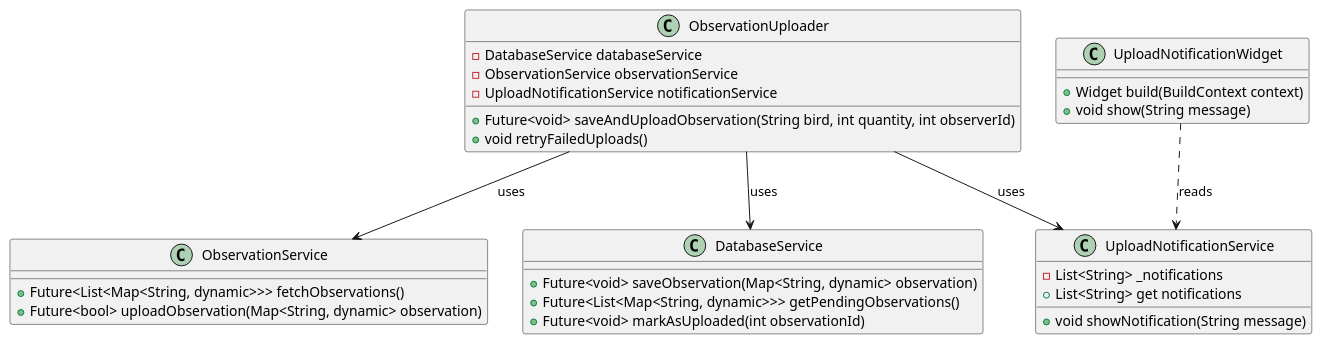
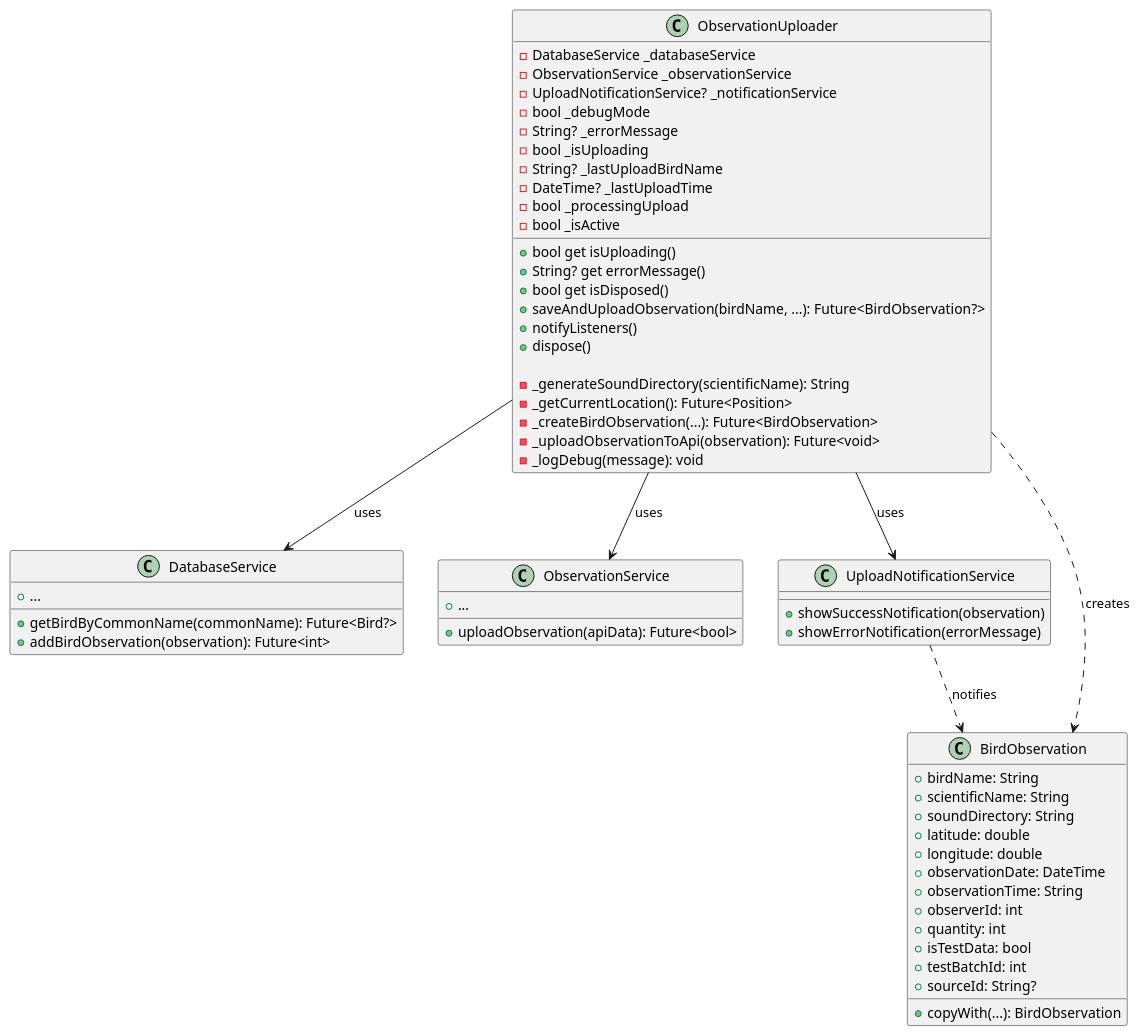
The diagram in diagrams/UML_Observation_Flow.puml (Jakob-worm/UrbanEchoes), drawn with PlantUML before and after one commit. The commit also changed 4 other files, not shown here.

```diff
--- a/diagrams/UML_Observation_Flow.puml
+++ b/diagrams/UML_Observation_Flow.puml
@@ -1,38 +1,67 @@
 @startuml
 
 class ObservationUploader {
-  - DatabaseService databaseService
-  - ObservationService observationService
-  - UploadNotificationService notificationService
-  + Future<void> saveAndUploadObservation(String bird, int quantity, int observerId)
-  + void retryFailedUploads()
+  - DatabaseService _databaseService
+  - ObservationService _observationService
+  - UploadNotificationService? _notificationService
+  - bool _debugMode
+  - String? _errorMessage
+  - bool _isUploading
+  - String? _lastUploadBirdName
+  - DateTime? _lastUploadTime
+  - bool _processingUpload
+  - bool _isActive
+
+  + bool get isUploading()
+  + String? get errorMessage()
+  + bool get isDisposed()
+  + saveAndUploadObservation(birdName, ...): Future<BirdObservation?>
+  + notifyListeners()
+  + dispose()
+
+  - _generateSoundDirectory(scientificName): String
+  - _getCurrentLocation(): Future<Position>
+  - _createBirdObservation(...): Future<BirdObservation>
+  - _uploadObservationToApi(observation): Future<void>
+  - _logDebug(message): void
+}
+
+class DatabaseService {
+  + getBirdByCommonName(commonName): Future<Bird?>
+  + addBirdObservation(observation): Future<int>
+  + ...
 }
 
 class ObservationService {
-  + Future<List<Map<String, dynamic>>> fetchObservations()
-  + Future<bool> uploadObservation(Map<String, dynamic> observation)
-}
-
-class DatabaseService {
-  + Future<void> saveObservation(Map<String, dynamic> observation)
-  + Future<List<Map<String, dynamic>>> getPendingObservations()
-  + Future<void> markAsUploaded(int observationId)
+  + uploadObservation(apiData): Future<bool>
+  + ...
 }
 
 class UploadNotificationService {
-  - List<String> _notifications
-  + void showNotification(String message)
-  + List<String> get notifications
+  + showSuccessNotification(observation)
+  + showErrorNotification(errorMessage)
 }
 
-class UploadNotificationWidget {
-  + Widget build(BuildContext context)
-  + void show(String message)
+class BirdObservation {
+  + birdName: String
+  + scientificName: String
+  + soundDirectory: String
+  + latitude: double
+  + longitude: double
+  + observationDate: DateTime
+  + observationTime: String
+  + observerId: int
+  + quantity: int
+  + isTestData: bool
+  + testBatchId: int
+  + sourceId: String?
+  + copyWith(...): BirdObservation
 }
 
 ObservationUploader --> DatabaseService : uses
 ObservationUploader --> ObservationService : uses
 ObservationUploader --> UploadNotificationService : uses
-UploadNotificationWidget ..> UploadNotificationService : reads
+ObservationUploader ..> BirdObservation : creates
+UploadNotificationService ..> BirdObservation : notifies
 
 @enduml
```
